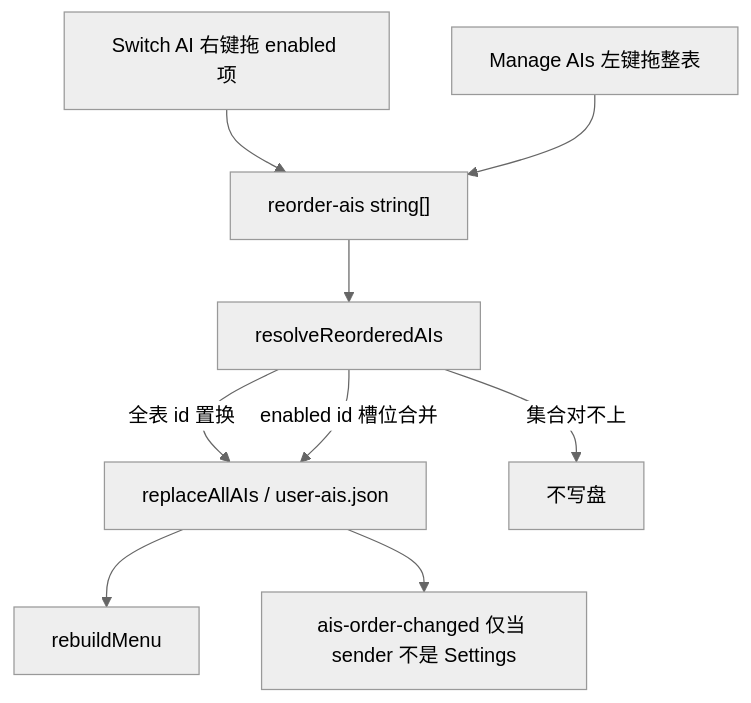
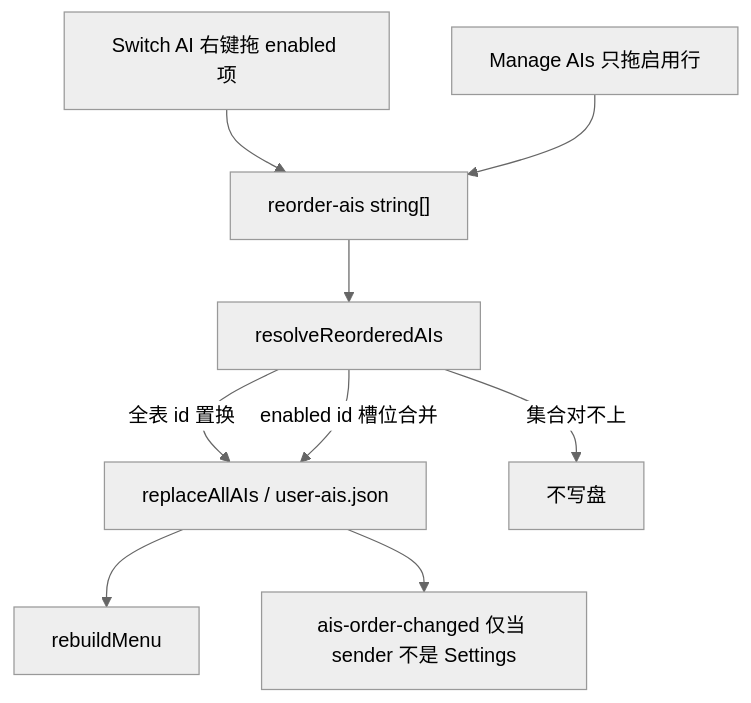
One commit to Kane-Kuroneko/electron-reaxes-react changed the diagram in projects/ChatAIO/docs/features/ai-list-reorder.md. Above: the diagram before and after it, drawn with Mermaid (neutral theme). The commit also changed other lines of this file and 14 other files, not shown here.

First line of the commit message:
feat(ChatAIO): Manage AIs 展示序与粘滞筛选

````diff
--- a/projects/ChatAIO/docs/features/ai-list-reorder.md
+++ b/projects/ChatAIO/docs/features/ai-list-reorder.md
@@ -17,19 +17,19 @@
 ```mermaid
 flowchart TD
   switchAi["Switch AI 右键拖 enabled 项"]
-  settings["Manage AIs 左键拖整表"]
+  settings["Manage AIs 只拖启用行"]
   rpc["reorder-ais string[]"]
   resolve["resolveReorderedAIs"]
   disk["replaceAllAIs / user-ais.json"]
   menu["rebuildMenu"]
   echo["ais-order-changed 仅当 sender 不是 Settings"]
 
   switchAi --> rpc
   settings --> rpc
   rpc --> resolve
   resolve -->|"全表 id 置换"| disk
   resolve -->|"enabled id 槽位合并"| disk
   resolve -->|"集合对不上"| reject["不写盘"]
   disk --> menu
   disk --> echo
 ```
````
